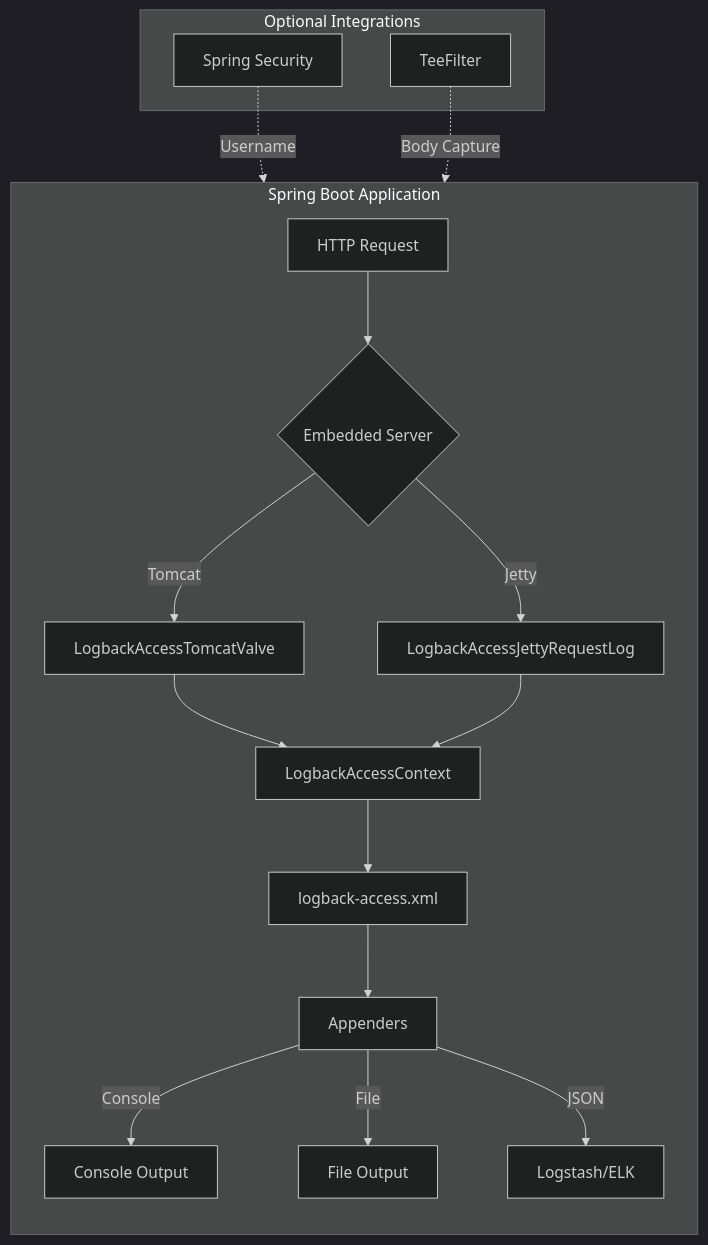
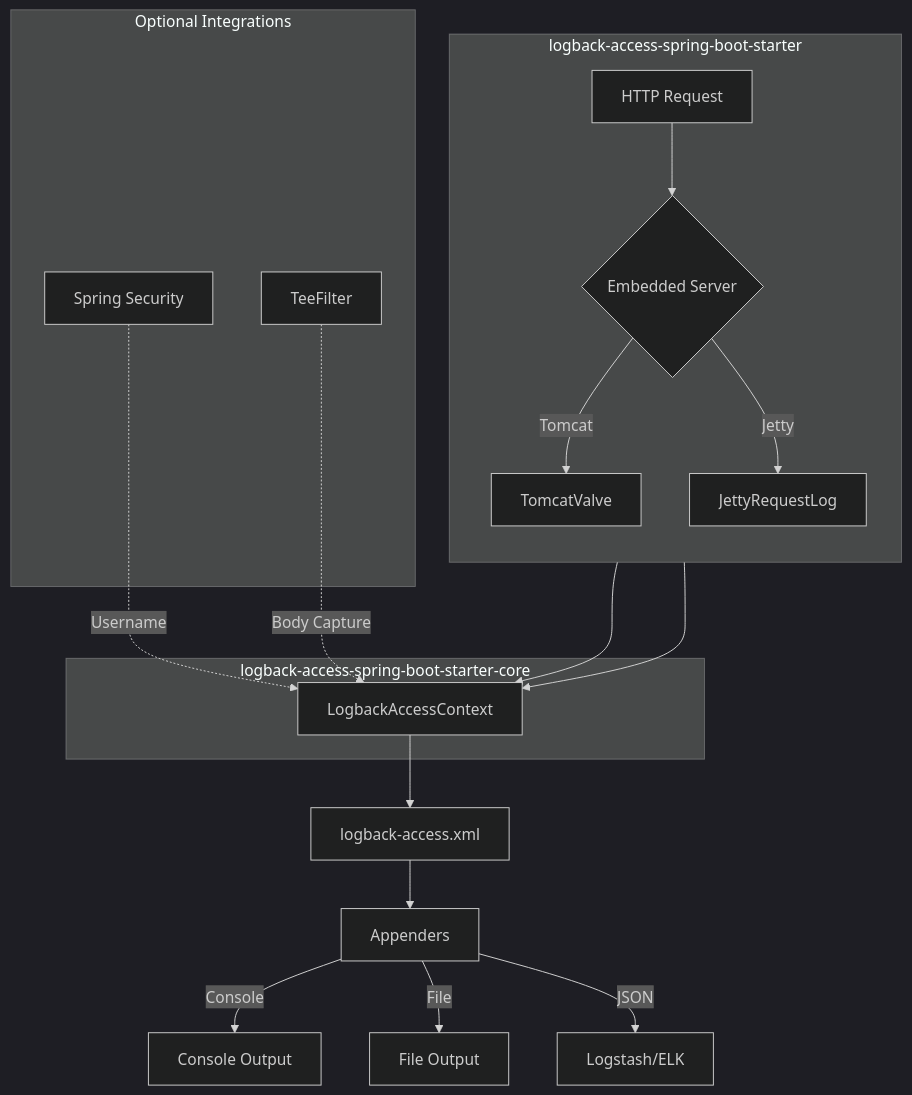
Before and after one commit to seijikohara/logback-access-spring-boot-starter: the diagram in docs/index.md, drawn with Mermaid (dark theme). The commit also changed other lines of this file and 38 other files, not shown here.

First line of the commit message:
refactor: split into core and starter modules with docs update (#7)

````diff
--- a/docs/index.md
+++ b/docs/index.md
@@ -44,21 +44,26 @@
 ```mermaid
 flowchart TB
-    subgraph Spring Boot Application
+    subgraph starter["logback-access-spring-boot-starter"]
         direction TB
         A[HTTP Request] --> B{Embedded Server}
-        B -->|Tomcat| C[LogbackAccessTomcatValve]
-        B -->|Jetty| D[LogbackAccessJettyRequestLog]
-        C --> E[LogbackAccessContext]
-        D --> E
-        E --> F[logback-access.xml]
-        F --> G[Appenders]
-        G -->|Console| H[Console Output]
-        G -->|File| I[File Output]
-        G -->|JSON| J[Logstash/ELK]
+        B -->|Tomcat| C[TomcatValve]
+        B -->|Jetty| D[JettyRequestLog]
     end
 
-    subgraph Optional Integrations
+    subgraph core["logback-access-spring-boot-starter-core"]
+        E[LogbackAccessContext]
+    end
+
+    C --> E
+    D --> E
+    E --> F[logback-access.xml]
+    F --> G[Appenders]
+    G -->|Console| H[Console Output]
+    G -->|File| I[File Output]
+    G -->|JSON| J[Logstash/ELK]
+
+    subgraph optional["Optional Integrations"]
         K[Spring Security] -.->|Username| E
         L[TeeFilter] -.->|Body Capture| E
     end
 ```
````
